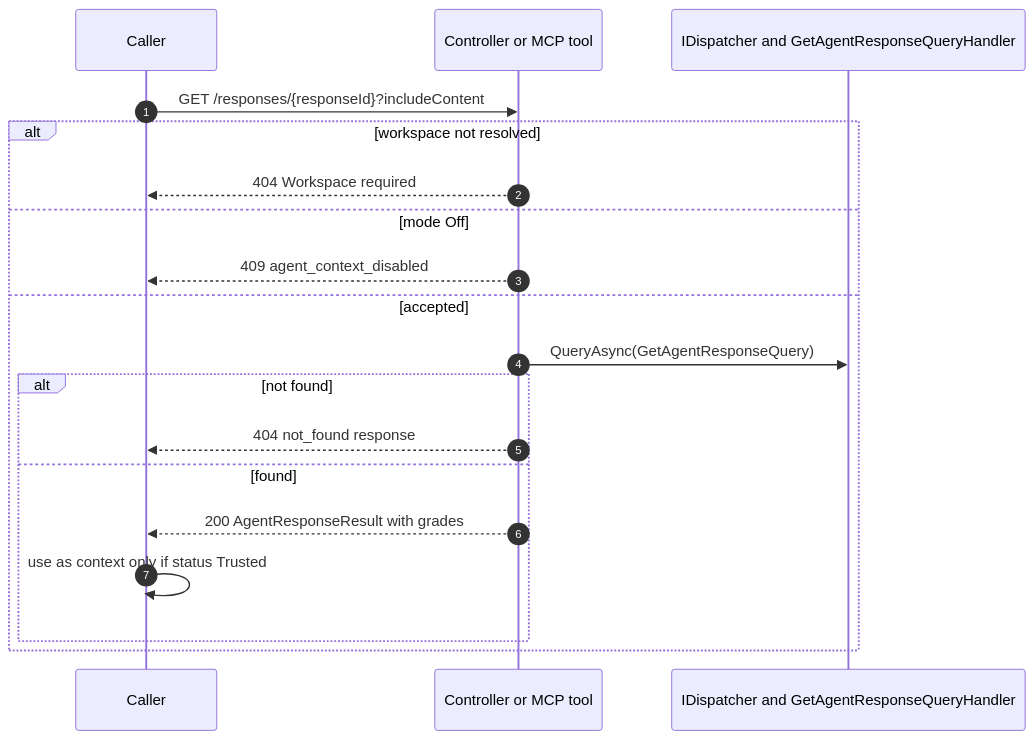
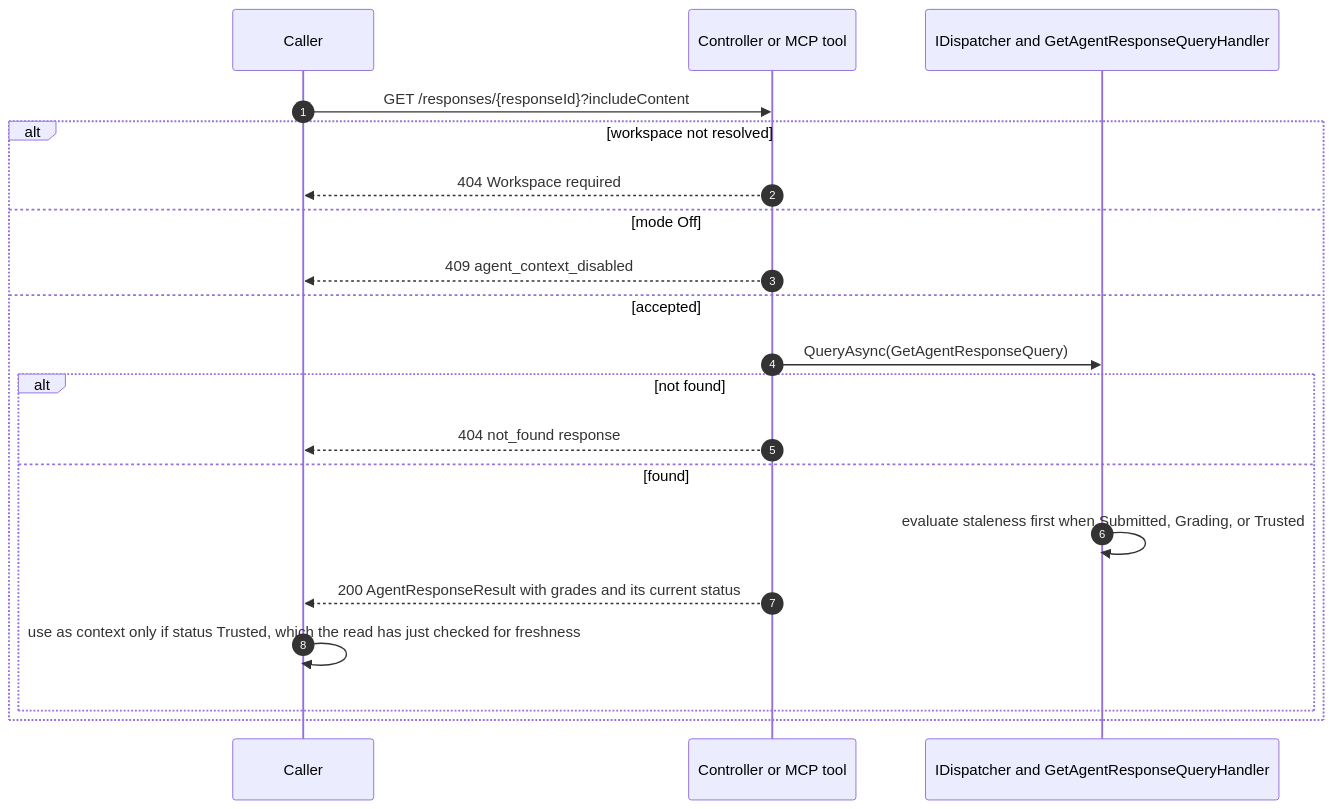
One commit to sharpninja/McpServer changed diagram 33 of 59 in docs/Stateless-Agent-Context-Management.md. Above: the diagram before and after it, drawn with Mermaid. The commit also changed other lines of this file and 2 other files, not shown here.

````diff
--- a/docs/Stateless-Agent-Context-Management.md
+++ b/docs/Stateless-Agent-Context-Management.md
@@ -1180,21 +1206,22 @@
 ```mermaid
 sequenceDiagram
     autonumber
     participant Caller
     participant API as Controller or MCP tool
     participant SVC as IDispatcher and GetAgentResponseQueryHandler
     Caller->>API: GET /responses/{responseId}?includeContent
     alt workspace not resolved
         API-->>Caller: 404 Workspace required
     else mode Off
         API-->>Caller: 409 agent_context_disabled
     else accepted
         API->>SVC: QueryAsync(GetAgentResponseQuery)
         alt not found
             API-->>Caller: 404 not_found response
         else found
-            API-->>Caller: 200 AgentResponseResult with grades
-            Caller->>Caller: use as context only if status Trusted
+            SVC->>SVC: evaluate staleness first when Submitted, Grading, or Trusted
+            API-->>Caller: 200 AgentResponseResult with grades and its current status
+            Caller->>Caller: use as context only if status Trusted, which the read has just checked for freshness
         end
     end
 ```
````
